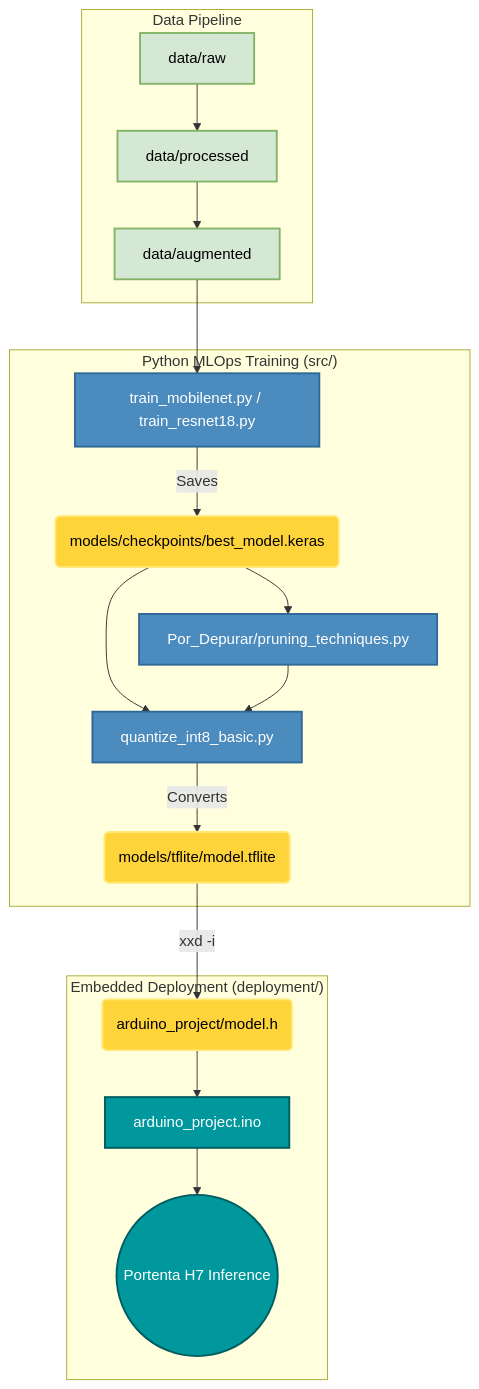
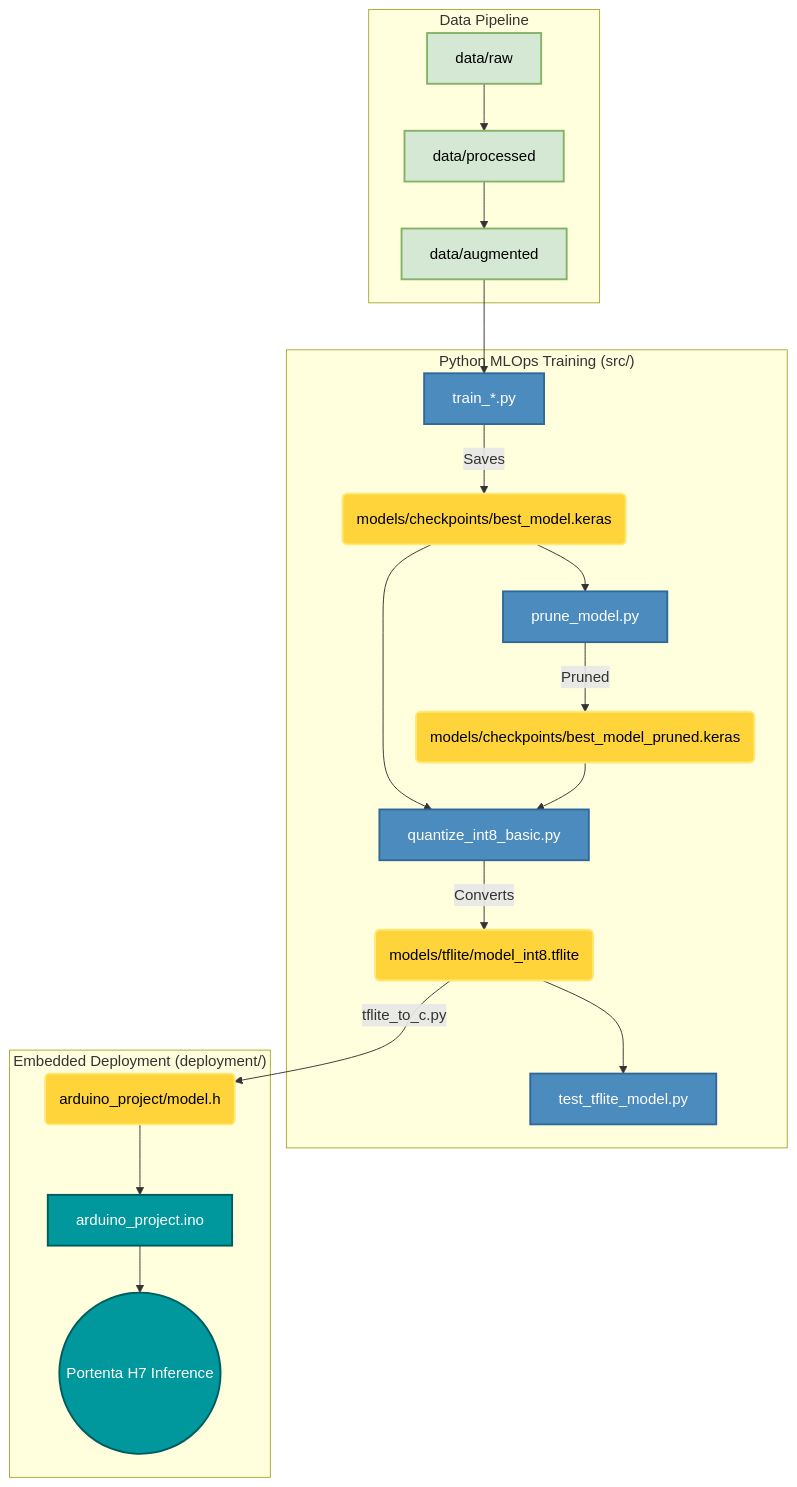
Before and after one commit to F4bian1012/Investigacion: the diagram in README.md, drawn with Mermaid. The commit also changed other lines of this file and 4 other files, not shown here.

````diff
--- a/README.md
+++ b/README.md
@@ -30,29 +30,31 @@
 ```mermaid
 graph TD
     %% Styling
     classDef default fill:#f9f9f9,stroke:#333,stroke-width:2px,color:#000;
     classDef data fill:#D5E8D4,stroke:#82B366,stroke-width:2px,color:#000;
     classDef python fill:#4B8BBE,stroke:#306998,stroke-width:2px,color:#fff;
     classDef hardware fill:#00979D,stroke:#005C5F,stroke-width:2px,color:#fff;
     classDef artifact fill:#FFD43B,stroke:#FFE873,stroke-width:2px,color:#000;
 
     subgraph "Data Pipeline"
         RAW[data/raw]:::data --> PROC[data/processed]:::data
         PROC --> AUG[data/augmented]:::data
     end
 
     subgraph "Python MLOps Training (src/)"
-        AUG --> TRAIN[train_mobilenet.py / train_resnet18.py]:::python
+        AUG --> TRAIN[train_*.py]:::python
         TRAIN -->|Saves| KERAS(models/checkpoints/best_model.keras):::artifact
+        KERAS --> PRUNE[prune_model.py]:::python
+        PRUNE -->|Pruned| KERAS_PRUNED(models/checkpoints/best_model_pruned.keras):::artifact
         KERAS --> OPT[quantize_int8_basic.py]:::python
-        KERAS --> PRUNE[Por_Depurar/pruning_techniques.py]:::python
-        PRUNE --> OPT
-        OPT -->|Converts| TFLITE(models/tflite/model.tflite):::artifact
+        KERAS_PRUNED --> OPT
+        OPT -->|Converts| TFLITE(models/tflite/model_int8.tflite):::artifact
+        TFLITE --> EVAL[test_tflite_model.py]:::python
     end
 
     subgraph "Embedded Deployment (deployment/)"
-        TFLITE -->|xxd -i| HEADER(arduino_project/model.h):::artifact
+        TFLITE -->|tflite_to_c.py| HEADER(arduino_project/model.h):::artifact
         HEADER --> C_ENGINE[arduino_project.ino]:::hardware
         C_ENGINE --> INFERENCE((Portenta H7 Inference)):::hardware
     end
 ```
````
